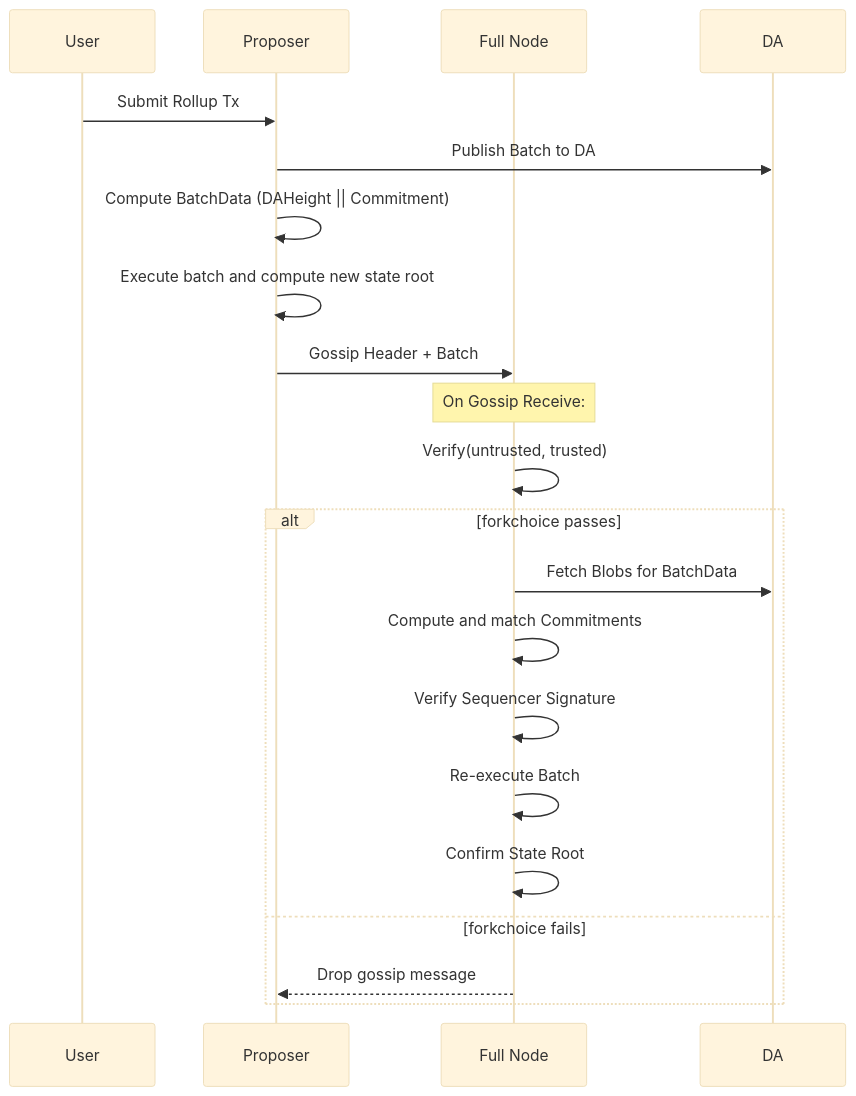
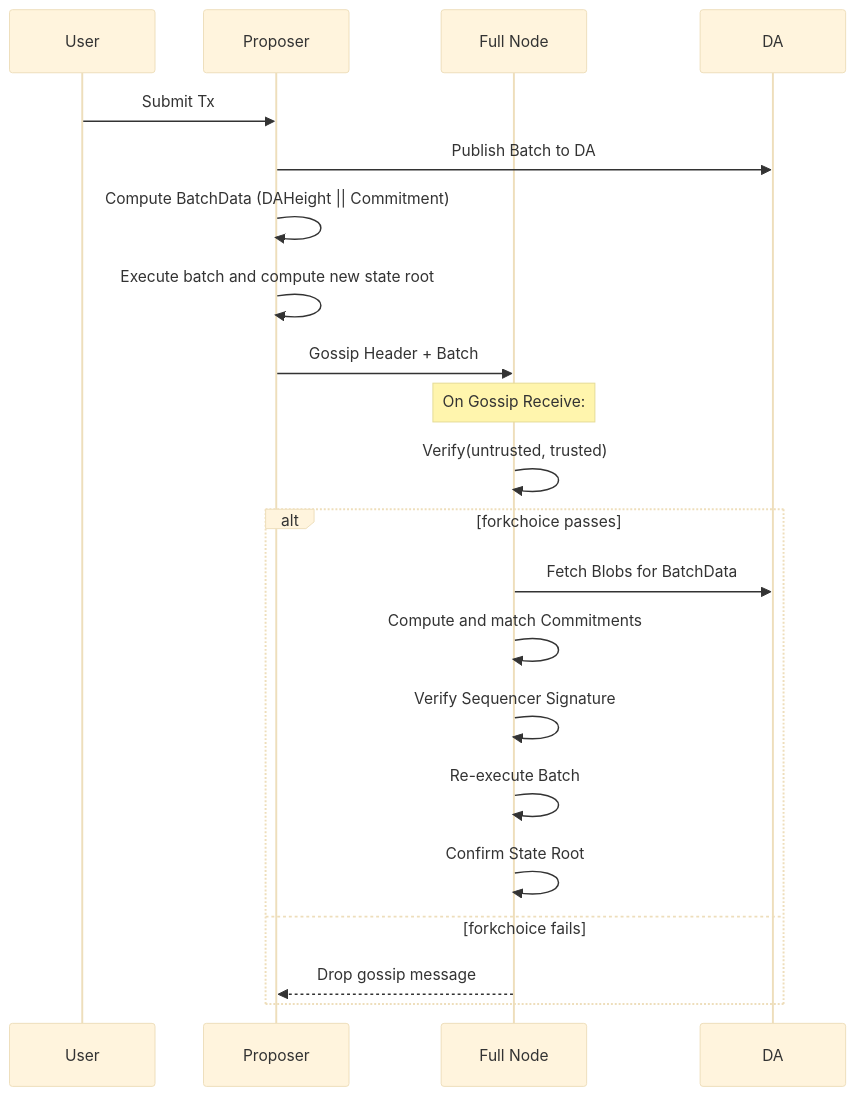
The diagram in specs/lazy-adr/adr-020-validation.md (rollkit/rollkit), drawn with Mermaid (base theme) before and after one commit. The commit also changed other lines of this file and 27 other files, not shown here.

````diff
--- a/specs/lazy-adr/adr-020-validation.md
+++ b/specs/lazy-adr/adr-020-validation.md
@@ -78,24 +78,24 @@
 ```mermaid
 sequenceDiagram
     participant U as User
     participant P as Proposer
     participant FN as Full Node
 
-    U->>P: Submit Rollup Tx
+    U->>P: Submit Tx
     P->>DA: Publish Batch to DA
     P->>P: Compute BatchData (DAHeight || Commitment)
     P->>P: Execute batch and compute new state root
     P->>FN: Gossip Header + Batch
 
     Note over FN: On Gossip Receive:
     FN->>FN: Verify(untrusted, trusted)
     alt forkchoice passes
       FN->>DA: Fetch Blobs for BatchData
       FN->>FN: Compute and match Commitments
       FN->>FN: Verify Sequencer Signature
       FN->>FN: Re-execute Batch
       FN->>FN: Confirm State Root
     else forkchoice fails
       FN-->>P: Drop gossip message
     end
 ```
````
